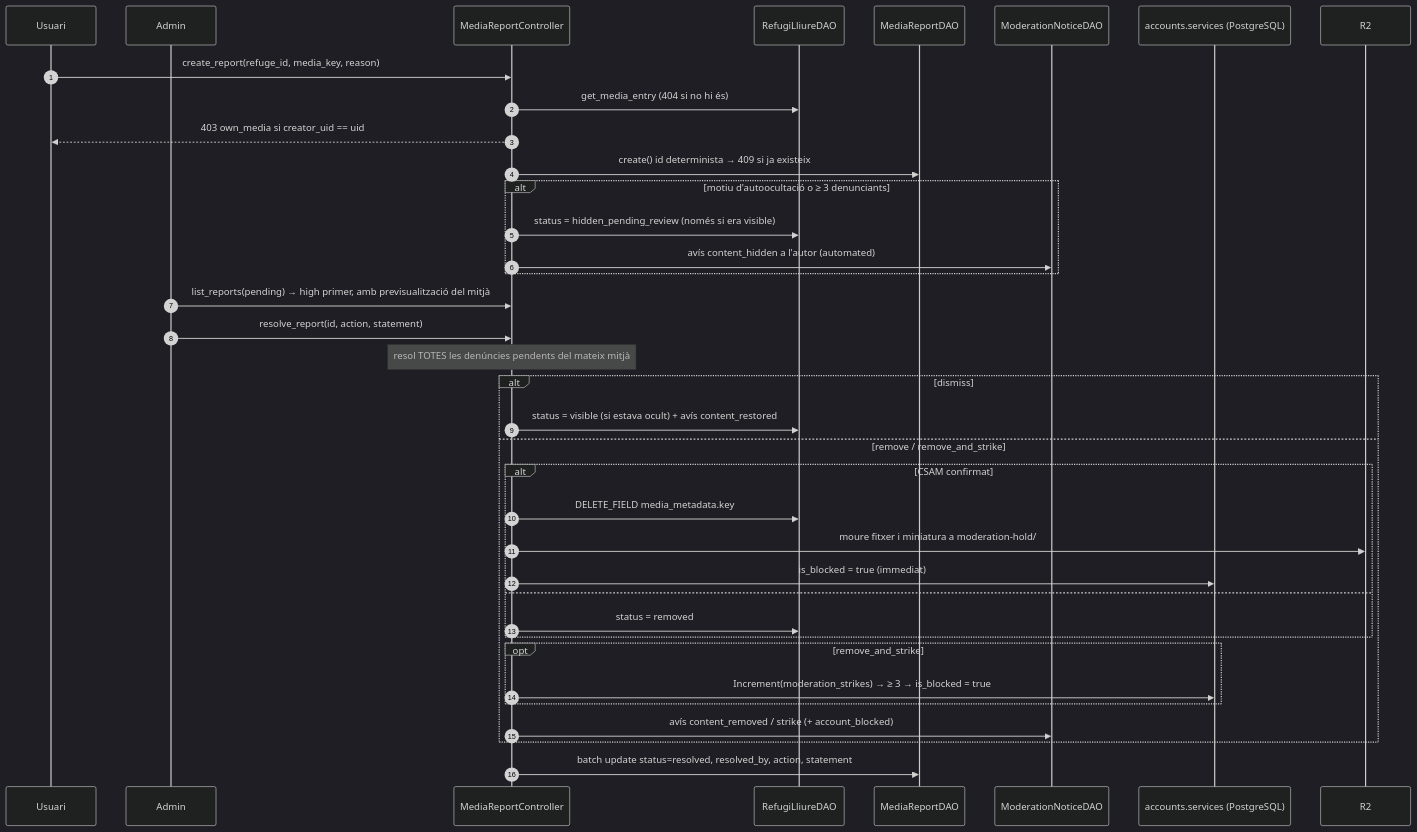
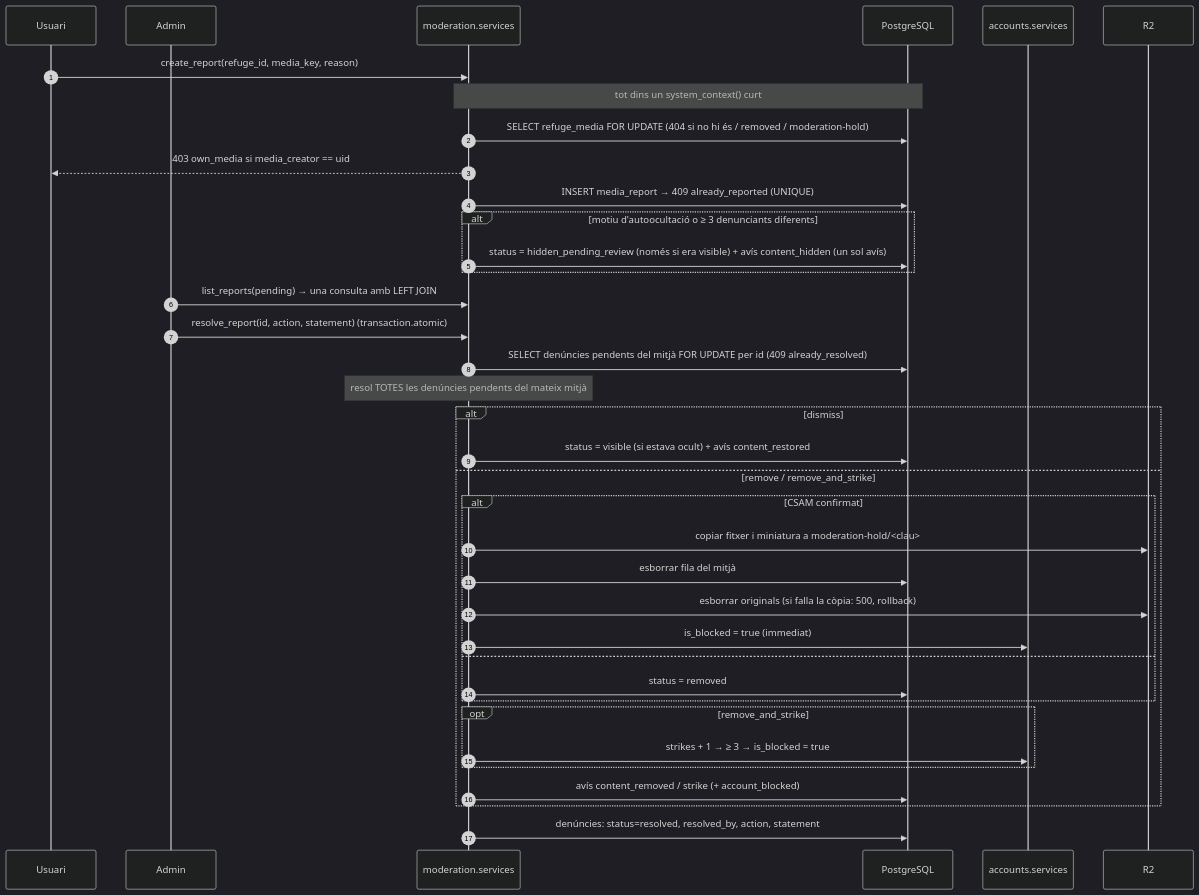
One commit to jordirev/RefugisLliures_Backend changed the diagram in docs/flows/12-media-moderation.md. Above: the diagram before and after it, drawn with Mermaid (dark theme). The commit also changed other lines of this file and 11 other files, not shown here.

````diff
--- a/docs/flows/12-media-moderation.md
+++ b/docs/flows/12-media-moderation.md
@@ -58,40 +62,40 @@
 ```mermaid
 sequenceDiagram
     autonumber
     participant U as Usuari
     participant A as Admin
-    participant RC as MediaReportController
-    participant RD as RefugiLliureDAO
-    participant MR as MediaReportDAO
-    participant N as ModerationNoticeDAO
-    participant UD as accounts.services (PostgreSQL)
+    participant S as moderation.services
+    participant DB as PostgreSQL
+    participant UD as accounts.services
     participant R2 as R2
 
-    U->>RC: create_report(refuge_id, media_key, reason)
-    RC->>RD: get_media_entry (404 si no hi és)
-    RC-->>U: 403 own_media si creator_uid == uid
-    RC->>MR: create() id determinista → 409 si ja existeix
-    alt motiu d'autoocultació o ≥ 3 denunciants
-        RC->>RD: status = hidden_pending_review (només si era visible)
-        RC->>N: avís content_hidden a l'autor (automated)
+    U->>S: create_report(refuge_id, media_key, reason)
+    Note over S,DB: tot dins un system_context() curt
+    S->>DB: SELECT refuge_media FOR UPDATE (404 si no hi és / removed / moderation-hold)
+    S-->>U: 403 own_media si media_creator == uid
+    S->>DB: INSERT media_report → 409 already_reported (UNIQUE)
+    alt motiu d'autoocultació o ≥ 3 denunciants diferents
+        S->>DB: status = hidden_pending_review (només si era visible) + avís content_hidden (un sol avís)
     end
-    A->>RC: list_reports(pending) → high primer, amb previsualització del mitjà
-    A->>RC: resolve_report(id, action, statement)
-    Note over RC: resol TOTES les denúncies pendents del mateix mitjà
+    A->>S: list_reports(pending) → una consulta amb LEFT JOIN
+    A->>S: resolve_report(id, action, statement)  (transaction.atomic)
+    S->>DB: SELECT denúncies pendents del mitjà FOR UPDATE per id (409 already_resolved)
+    Note over S: resol TOTES les denúncies pendents del mateix mitjà
     alt dismiss
-        RC->>RD: status = visible (si estava ocult) + avís content_restored
+        S->>DB: status = visible (si estava ocult) + avís content_restored
     else remove / remove_and_strike
         alt CSAM confirmat
-            RC->>RD: DELETE_FIELD media_metadata.key
-            RC->>R2: moure fitxer i miniatura a moderation-hold/
-            RC->>UD: is_blocked = true (immediat)
+            S->>R2: copiar fitxer i miniatura a moderation-hold/<clau>
+            S->>DB: esborrar fila del mitjà
+            S->>R2: esborrar originals (si falla la còpia: 500, rollback)
+            S->>UD: is_blocked = true (immediat)
         else
-            RC->>RD: status = removed
+            S->>DB: status = removed
         end
         opt remove_and_strike
-            RC->>UD: Increment(moderation_strikes) → ≥ 3 → is_blocked = true
+            S->>UD: strikes + 1 → ≥ 3 → is_blocked = true
         end
-        RC->>N: avís content_removed / strike (+ account_blocked)
+        S->>DB: avís content_removed / strike (+ account_blocked)
     end
-    RC->>MR: batch update status=resolved, resolved_by, action, statement
+    S->>DB: denúncies: status=resolved, resolved_by, action, statement
 ```
````
